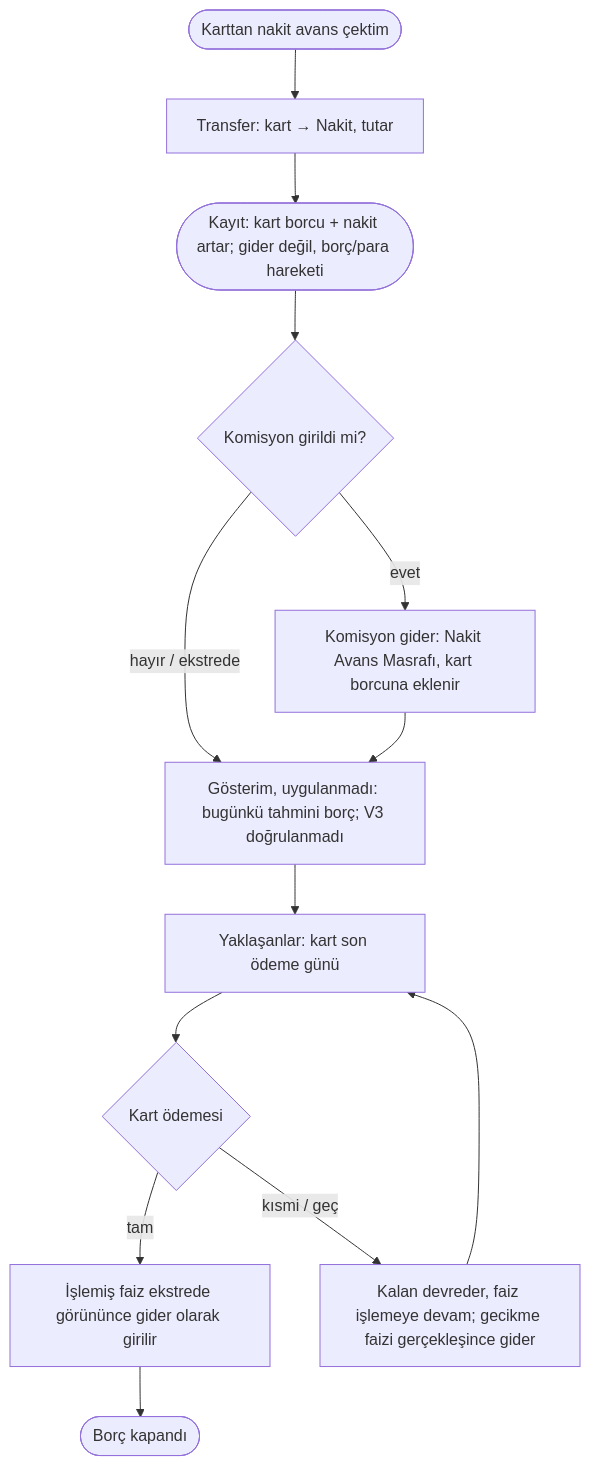
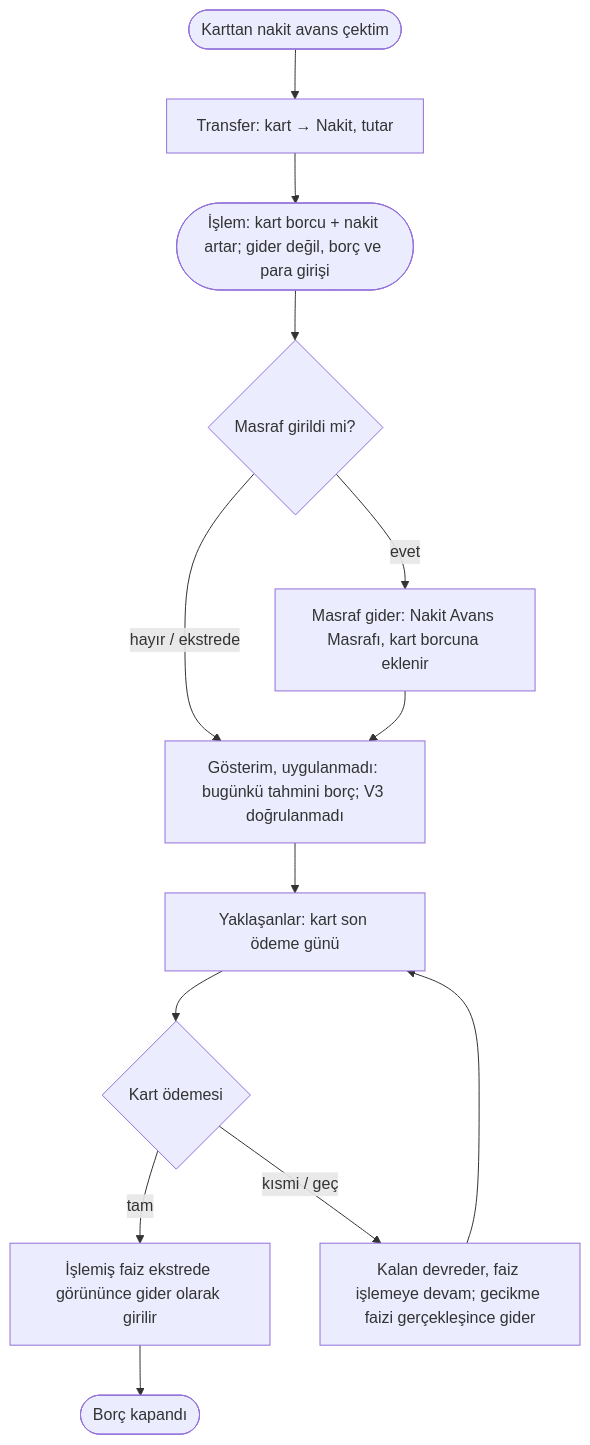
The diagram in docs/ux/akislar/AKS-008-nakit-avans.md (akderelianil/aa-finance), drawn with Mermaid before and after one commit. The commit also changed other lines of this file and 18 other files, not shown here.

````diff
--- a/docs/ux/akislar/AKS-008-nakit-avans.md
+++ b/docs/ux/akislar/AKS-008-nakit-avans.md
@@ -29,15 +29,15 @@
 ```mermaid
 flowchart TD
   A([Karttan nakit avans çektim]) --> B[Transfer: kart → Nakit, tutar]
-  B --> C([Kayıt: kart borcu + nakit artar; gider değil, borç/para hareketi])
-  C --> D{Komisyon girildi mi?}
-  D -- evet --> D1[Komisyon gider: Nakit Avans Masrafı, kart borcuna eklenir]
+  B --> C([İşlem: kart borcu + nakit artar; gider değil, borç ve para girişi])
+  C --> D{Masraf girildi mi?}
+  D -- evet --> D1[Masraf gider: Nakit Avans Masrafı, kart borcuna eklenir]
   D -- hayır / ekstrede --> E
   D1 --> E[Gösterim, uygulanmadı: bugünkü tahmini borç; V3 doğrulanmadı]
   E --> F[Yaklaşanlar: kart son ödeme günü]
   F --> G{Kart ödemesi}
   G -- tam --> H[İşlemiş faiz ekstrede görününce gider olarak girilir]
   H --> I([Borç kapandı])
   G -- kısmi / geç --> J[Kalan devreder, faiz işlemeye devam; gecikme faizi gerçekleşince gider]
   J --> F
 ```
````
